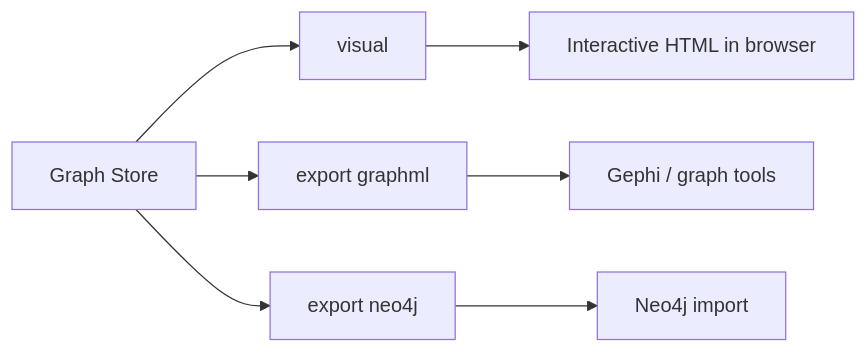
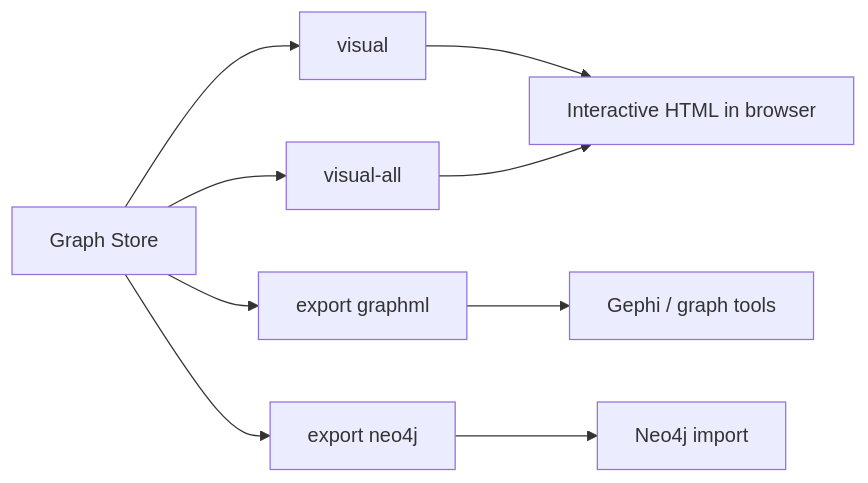
One commit to anismabaziz/saurix changed the ninth of 10 diagrams in README.md. Above: the diagram before and after it, drawn with Mermaid. The commit also changed other lines of this file and 25 other files, not shown here.

````diff
--- a/README.md
+++ b/README.md
@@ -329,9 +288,11 @@
 ```mermaid
 flowchart LR
     A[Graph Store] --> B[visual <symbol>]
+    A --> B2[visual-all]
     A --> C[export graphml]
     A --> D[export neo4j]
     B --> E[Interactive HTML in browser]
+    B2 --> E
     C --> F[Gephi / graph tools]
     D --> G[Neo4j import]
 ```
````
